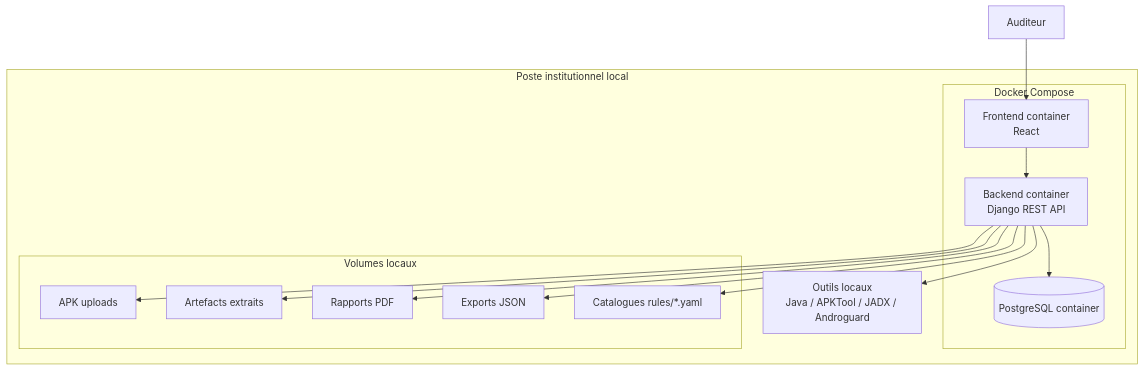
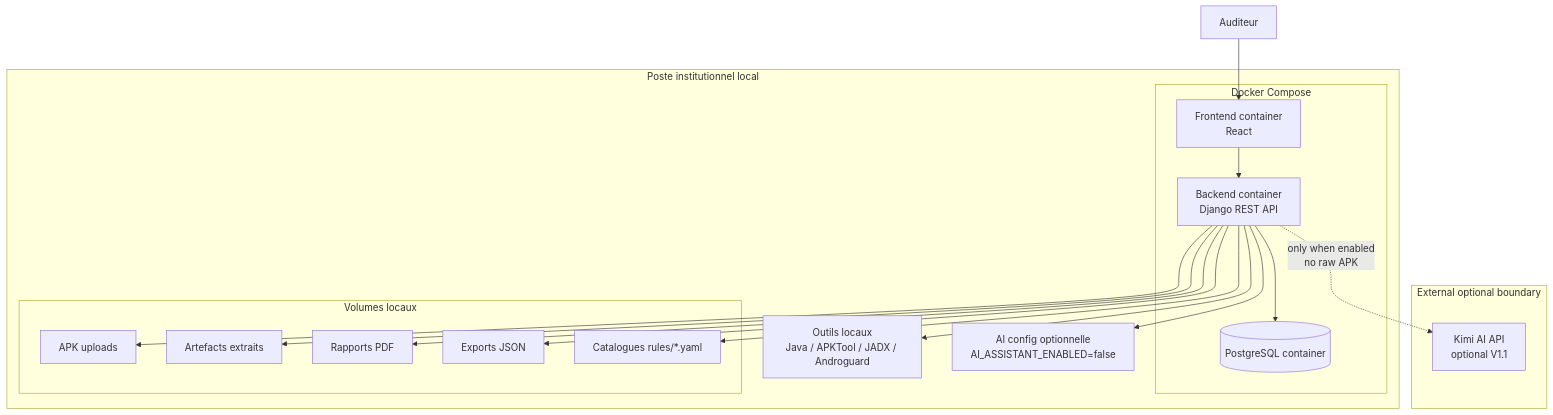
Before and after one commit to nine11-tech/MSAP: the diagram in docs/03_Architecture/11_Deployment_Diagram.md, drawn with Mermaid. The commit also changed other lines of this file and 33 other files, not shown here.

Commit message:
Add optional Kimi AI-assisted triage and reporting design

````diff
--- a/docs/03_Architecture/11_Deployment_Diagram.md
+++ b/docs/03_Architecture/11_Deployment_Diagram.md
@@ -15,30 +16,37 @@
 ```mermaid
 flowchart TB
     subgraph WS[Poste institutionnel local]
         subgraph DC[Docker Compose]
             FE[Frontend container\nReact]
             BE[Backend container\nDjango REST API]
             PG[(PostgreSQL container)]
         end
 
         subgraph VOL[Volumes locaux]
             UP[APK uploads]
             ART[Artefacts extraits]
             REP[Rapports PDF]
             EXP[Exports JSON]
             RULES[Catalogues rules/*.yaml]
         end
 
         TOOLS[Outils locaux\nJava / APKTool / JADX / Androguard]
+        AICFG[AI config optionnelle\nAI_ASSISTANT_ENABLED=false]
+    end
+
+    subgraph EXT[External optional boundary]
+        KIMI[Kimi AI API\noptional V1.1]
     end
 
     User[Auditeur] --> FE
     FE --> BE
     BE --> PG
     BE --> UP
     BE --> ART
     BE --> REP
     BE --> EXP
     BE --> RULES
     BE --> TOOLS
+    BE --> AICFG
+    BE -. only when enabled\nno raw APK .-> KIMI
 ```
````
